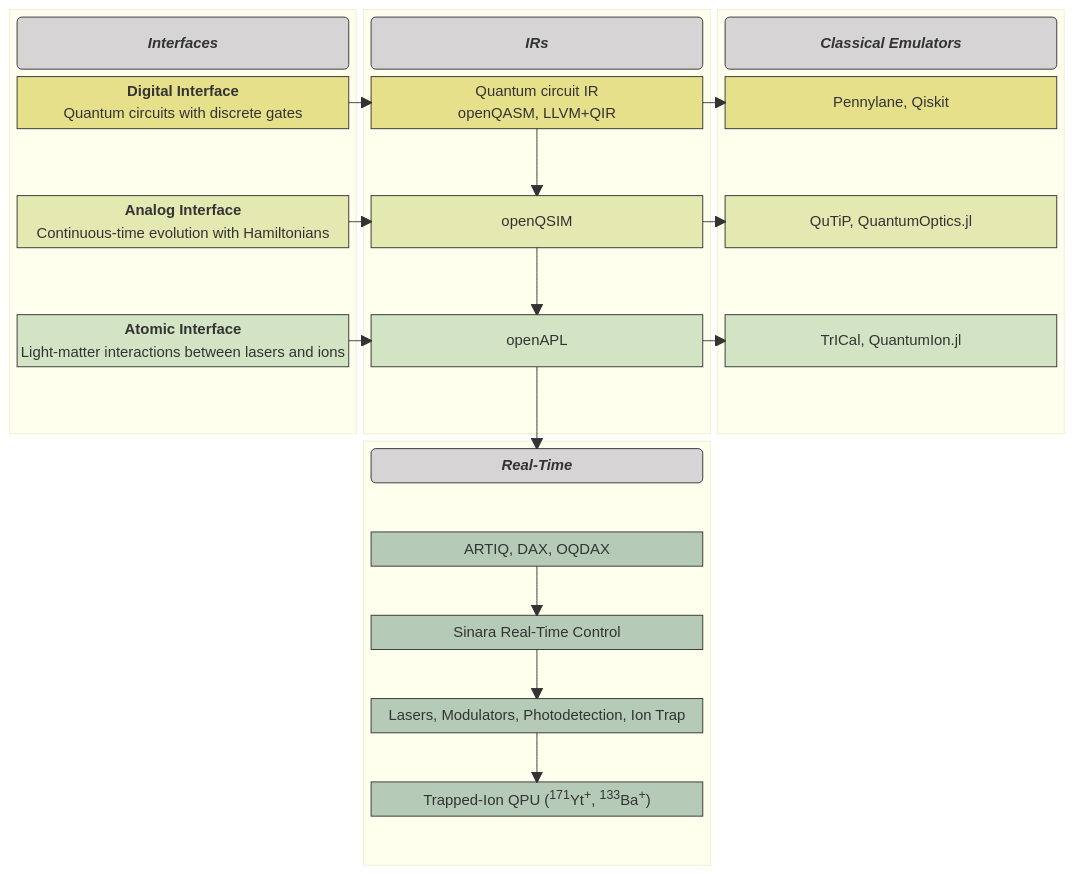
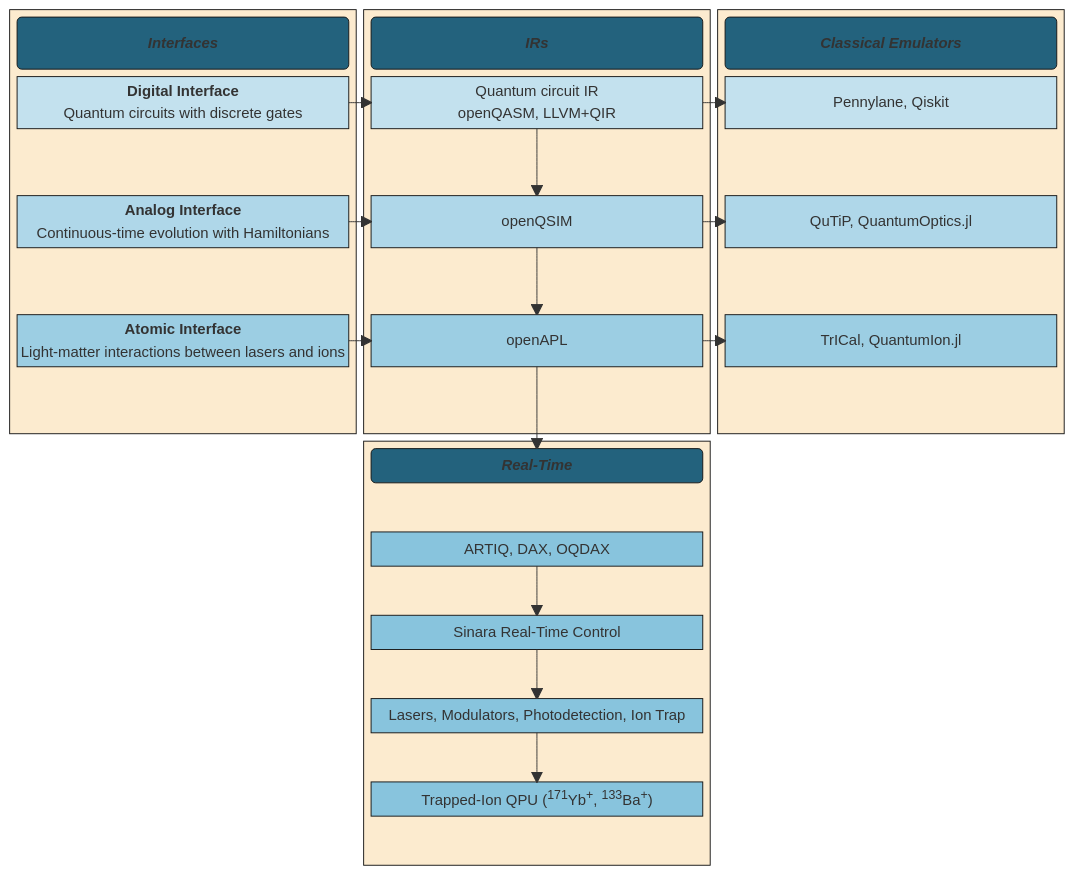
One commit to OpenQuantumDesign/oqd-compiler-infrastructure changed the diagram in README.md. Above: the diagram before and after it, drawn with Mermaid. The commit also changed 1 other file, not shown here.

Commit message:
[docs] Update stack visual and doc index

````diff
--- a/README.md
+++ b/README.md
@@ -50,86 +50,91 @@
 ```mermaid
 block-beta
    columns 3
-   
+
    block:Interface
        columns 1
        InterfaceTitle("<i><b>Interfaces</b><i/>")
-       InterfaceDigital["<b>Digital Interface</b>\nQuantum circuits with discrete gates"] 
+       InterfaceDigital["<b>Digital Interface</b>\nQuantum circuits with discrete gates"]
        space
-       InterfaceAnalog["<b>Analog Interface</b>\n Continuous-time evolution with Hamiltonians"] 
+       InterfaceAnalog["<b>Analog Interface</b>\n Continuous-time evolution with Hamiltonians"]
        space
        InterfaceAtomic["<b>Atomic Interface</b>\nLight-matter interactions between lasers and ions"]
        space
     end
-    
+
     block:IR
        columns 1
        IRTitle("<i><b>IRs</b><i/>")
-       IRDigital["Quantum circuit IR\nopenQASM, LLVM+QIR"] 
+       IRDigital["Quantum circuit IR\nopenQASM, LLVM+QIR"]
        space
        IRAnalog["openQSIM"]
        space
        IRAtomic["openAPL"]
        space
     end
-    
+
     block:Emulator
        columns 1
        EmulatorsTitle("<i><b>Classical Emulators</b><i/>")
-       
-       EmulatorDigital["Pennylane, Qiskit"] 
+
+       EmulatorDigital["Pennylane, Qiskit"]
        space
        EmulatorAnalog["QuTiP, QuantumOptics.jl"]
        space
        EmulatorAtomic["TrICal, QuantumIon.jl"]
        space
     end
-    
+
     space
     block:RealTime
        columns 1
        RealTimeTitle("<i><b>Real-Time</b><i/>")
        space
-       RTSoftware["ARTIQ, DAX, OQDAX"] 
+       RTSoftware["ARTIQ, DAX, OQDAX"]
        space
        RTGateware["Sinara Real-Time Control"]
        space
        RTHardware["Lasers, Modulators, Photodetection, Ion Trap"]
        space
-       RTApparatus["Trapped-Ion QPU (<sup>171</sup>Yt<sup>+</sup>, <sup>133</sup>Ba<sup>+</sup>)"]
+       RTApparatus["Trapped-Ion QPU (<sup>171</sup>Yb<sup>+</sup>, <sup>133</sup>Ba<sup>+</sup>)"]
        space
     end
     space
-    
+
    InterfaceDigital --> IRDigital
    InterfaceAnalog --> IRAnalog
    InterfaceAtomic --> IRAtomic
-   
+
    IRDigital --> IRAnalog
    IRAnalog --> IRAtomic
-   
+
    IRDigital --> EmulatorDigital
    IRAnalog --> EmulatorAnalog
    IRAtomic --> EmulatorAtomic
-   
+
    IRAtomic --> RealTimeTitle
-   
+
    RTSoftware --> RTGateware
    RTGateware --> RTHardware
    RTHardware --> RTApparatus
-   
-    classDef title fill:#d6d4d4,stroke:#333,color:#333;
-    classDef digital fill:#E7E08B,stroke:#333,color:#333;
-    classDef analog fill:#E4E9B2,stroke:#333,color:#333;
-    classDef atomic fill:#D2E4C4,stroke:#333,color:#333;
-    classDef realtime fill:#B5CBB7,stroke:#333,color:#333;
 
-    classDef highlight fill:#f2bbbb,stroke:#333,color:#333,stroke-dasharray: 5 5;
-    
+   classDef title fill:#23627D,stroke:#141414,color:#FFFFFF;
+   classDef digital fill:#c3e1ee,stroke:#141414,color:#141414;
+   classDef analog fill:#afd7e9,stroke:#141414,color:#141414;
+   classDef atomic fill:#9ccee3,stroke:#141414,color:#141414;
+   classDef realtime fill:#88c4dd,stroke:#141414,color:#141414;
+
+    classDef highlight fill:#F19D19,stroke:#141414,color:#141414,stroke-dasharray: 5 5;
+    classDef normal fill:#fcebcf,stroke:#141414,color:#141414;
+
     class InterfaceTitle,IRTitle,EmulatorsTitle,RealTimeTitle title
     class InterfaceDigital,IRDigital,EmulatorDigital digital
     class InterfaceAnalog,IRAnalog,EmulatorAnalog analog
     class InterfaceAtomic,IRAtomic,EmulatorAtomic atomic
     class RTSoftware,RTGateware,RTHardware,RTApparatus realtime
-   
+
+   class Interface normal
+   class Emulator normal
+   class IR normal
+   class RealTime normal
 ```
````
